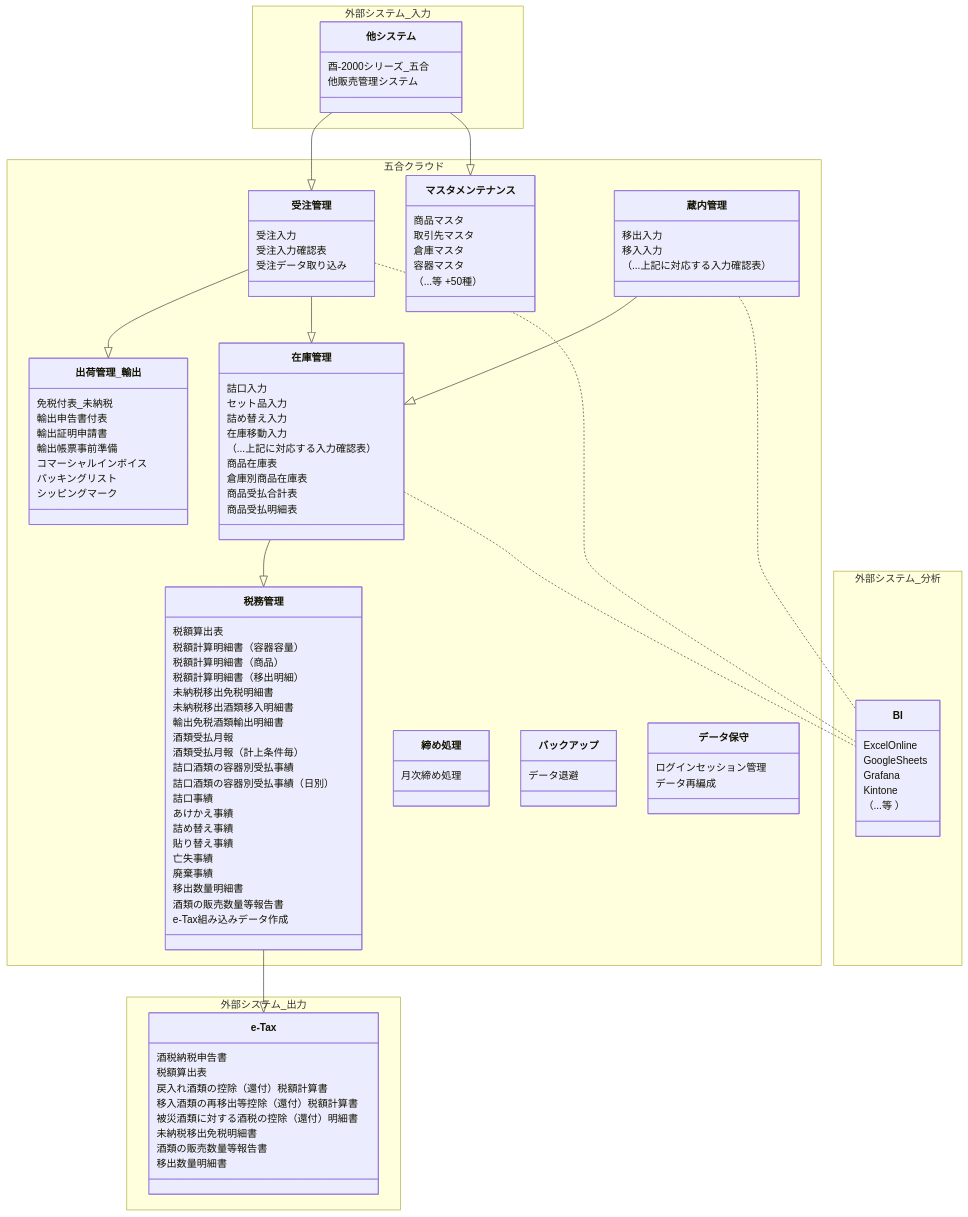
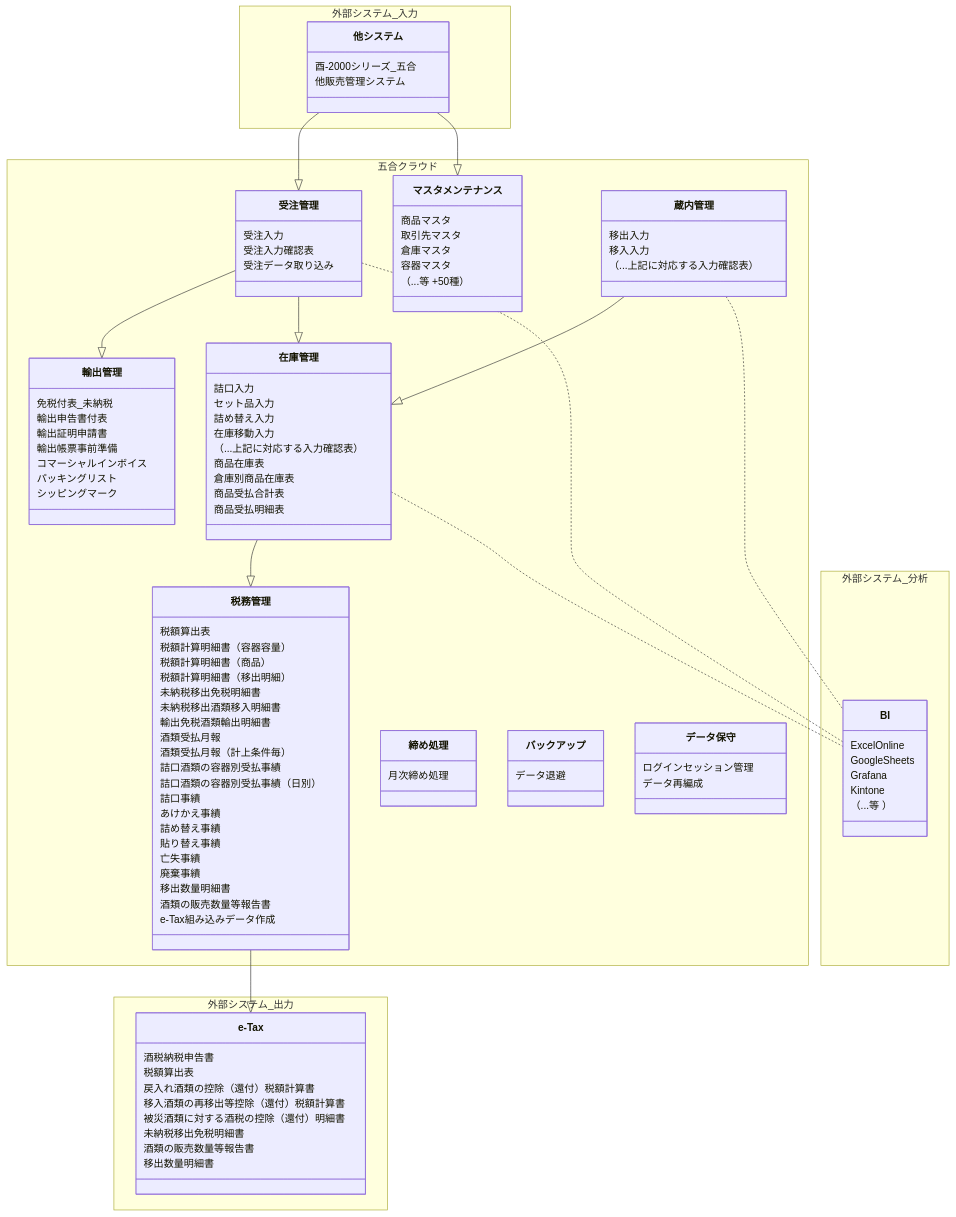
One commit to Heart-Computer-Co-LTD/yui-manual changed the diagram in src/content/blog/2023-11-09-五合クラウドの概要と機能構成図.mdx. Above: the diagram before and after it, drawn with Mermaid.

```diff
--- a/src/content/blog/2023-11-09-五合クラウドの概要と機能構成図.mdx
+++ b/src/content/blog/2023-11-09-五合クラウドの概要と機能構成図.mdx
@@ -22,7 +22,7 @@
 classDiagram
     他システム --|> 受注管理
     他システム --|> マスタメンテナンス
-    受注管理 --|> 出荷管理_輸出
+    受注管理 --|> 輸出管理
     受注管理 --|> 在庫管理
     蔵内管理 --|> 在庫管理
     在庫管理 --|> 税務管理
@@ -36,7 +36,7 @@
             受注入力確認表
             受注データ取り込み
         }
-        class 出荷管理_輸出 {
+        class 輸出管理 {
             免税付表_未納税
             輸出申告書付表
             輸出証明申請書
```
